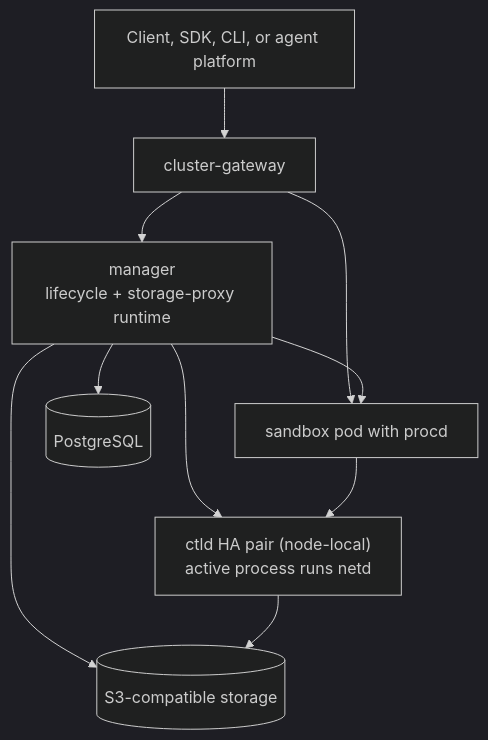
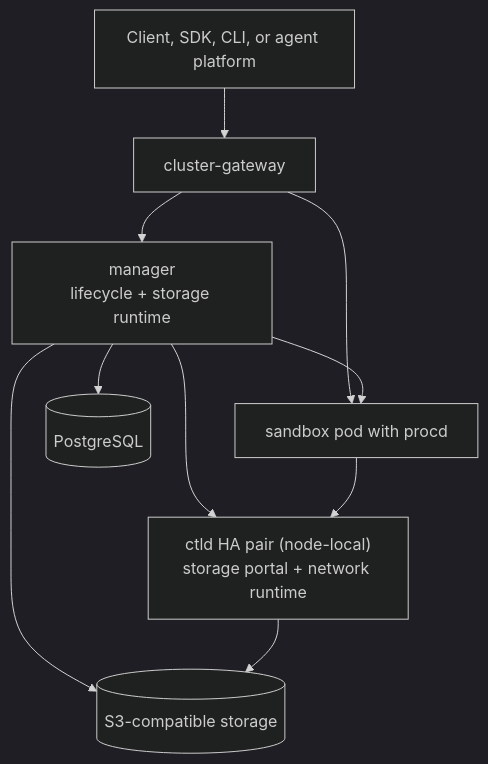
Before and after one commit to sandbox0-ai/sandbox0: the second of 2 diagrams in README.md, drawn with Mermaid (dark theme). The commit also changed other lines of this file and 103 other files, not shown here.

Commit message:
refactor: finalize fullmode runtime architecture (#713)

````diff
--- a/README.md
+++ b/README.md
@@ -163,12 +163,12 @@
 ```mermaid
 flowchart TB
     client["Client, SDK, CLI, or agent platform"] --> cgw["cluster-gateway"]
-    cgw --> mgr["manager<br/>lifecycle + storage-proxy runtime"]
+    cgw --> mgr["manager<br/>lifecycle + storage runtime"]
     cgw --> pod["sandbox pod with procd"]
     mgr --> pod
-    mgr --> ctld["ctld HA pair (node-local)<br/>active process runs netd"]
+    mgr --> ctld["ctld HA pair (node-local)<br/>storage portal + network runtime"]
     pod --> ctld
     mgr --> pg[("PostgreSQL")]
     mgr --> s3[("S3-compatible storage")]
     ctld --> s3
 ```
````
